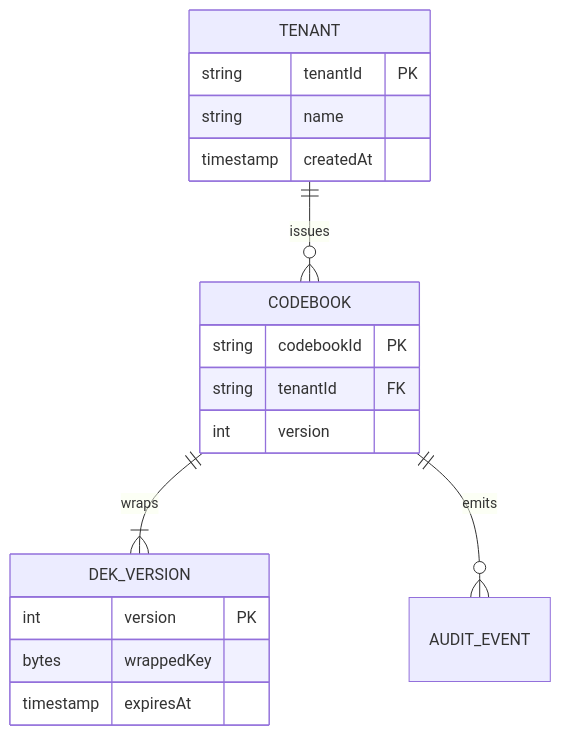
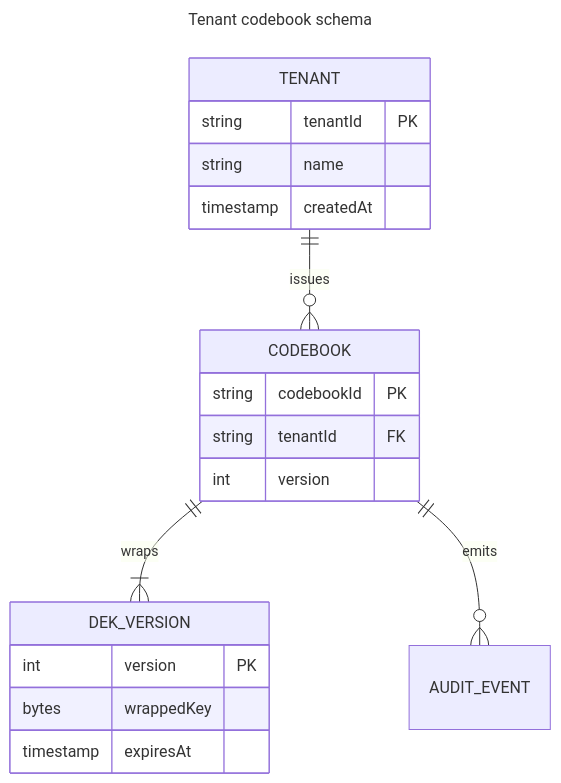
Before and after one commit to SlideWright/lattice: the fifth of 25 diagrams in examples/mermaid-gallery.md, drawn with Mermaid. The commit also changed other lines of this file and 19 other files, not shown here.

````diff
--- a/examples/mermaid-gallery.md
+++ b/examples/mermaid-gallery.md
@@ -154,21 +166,24 @@
 ```mermaid
+---
+title: Tenant codebook schema
+---
 erDiagram
   TENANT ||--o{ CODEBOOK : "issues"
   CODEBOOK ||--|{ DEK_VERSION : "wraps"
   CODEBOOK ||--o{ AUDIT_EVENT : "emits"
   TENANT {
     string tenantId PK
     string name
     timestamp createdAt
   }
   CODEBOOK {
     string codebookId PK
     string tenantId FK
     int version
   }
   DEK_VERSION {
     int version PK
     bytes wrappedKey
     timestamp expiresAt
   }
 ```
````
